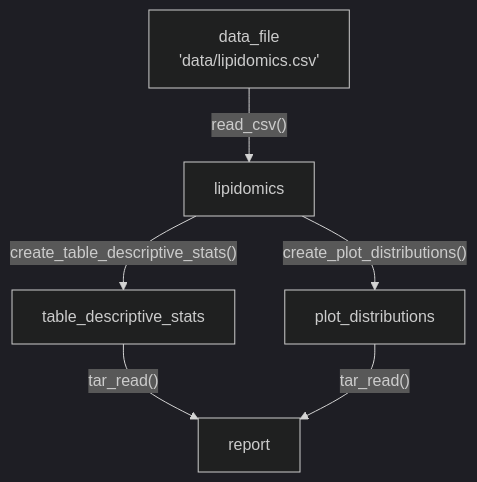
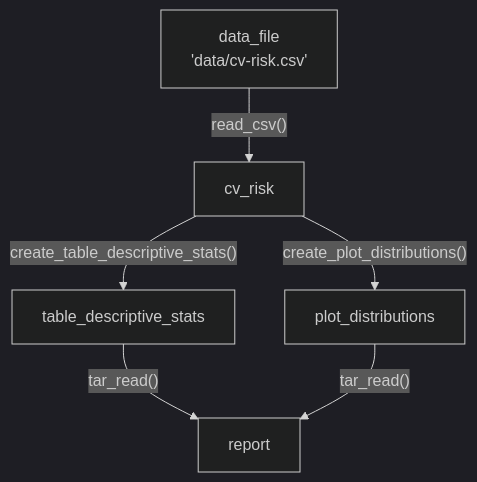
Before and after one commit to rostools/r-cubed-advanced: the third of 3 diagrams in sessions/pipelines-setup.qmd, drawn with Mermaid (dark theme). The commit also changed other lines of this file and 4 other files, not shown here.

````diff
--- a/sessions/pipelines-setup.qmd
+++ b/sessions/pipelines-setup.qmd
@@ -387,13 +385,13 @@
 ```{mermaid}
 %%| label: fig-our-pipeline-design
 %%| fig-cap: The design and flow of how we want our data analysis pipeline to
 %%|   look like, with the distinct targets we want to create.
 %%| echo: false
 
 graph TB
-    data_file["data_file<br>'data/lipidomics.csv'"] -->|"read_csv()"| lipidomics
-    lipidomics -->|"create_table_descriptive_stats()"| table_descriptive_stats
-    lipidomics -->|"create_plot_distributions()"| plot_distributions
+    data_file["data_file<br>'data/cv-risk.csv'"] -->|"read_csv()"| cv_risk
+    cv_risk -->|"create_table_descriptive_stats()"| table_descriptive_stats
+    cv_risk -->|"create_plot_distributions()"| plot_distributions
     table_descriptive_stats -->|"tar_read()"| report
     plot_distributions -->|"tar_read()"| report
 ```
````
